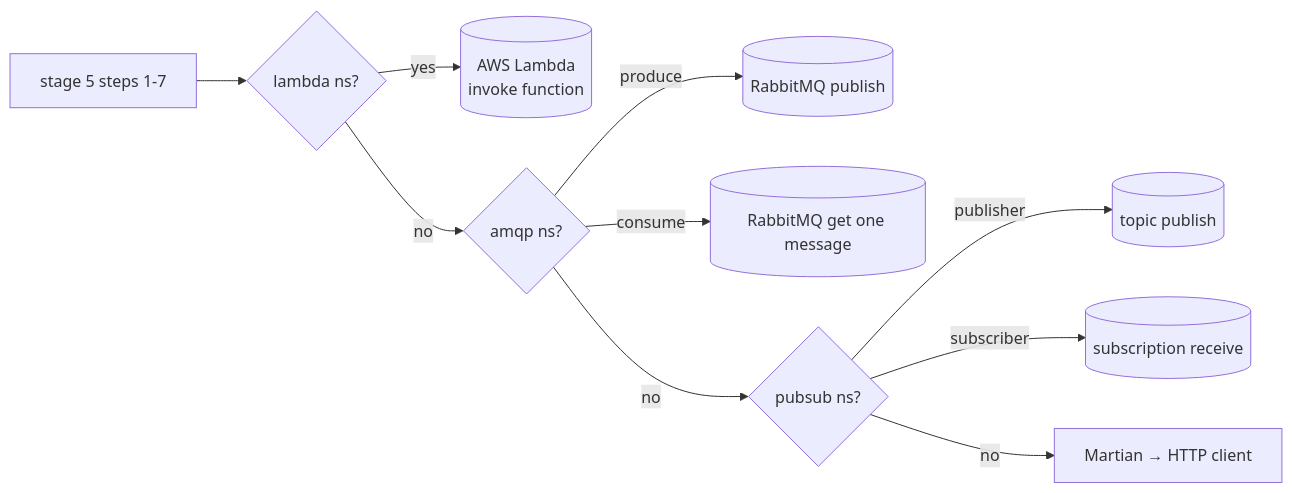
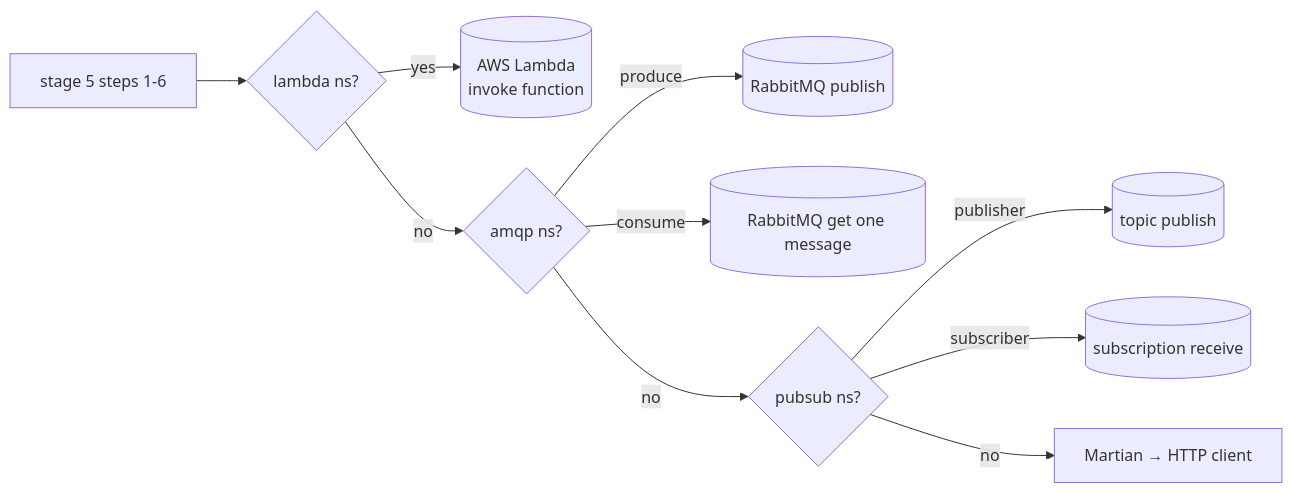
Before and after one commit to 9edang/inkgate: the diagram in docs/feature/connector.md, drawn with Mermaid. The commit also changed other lines of this file and 72 other files, not shown here.

````diff
--- a/docs/feature/connector.md
+++ b/docs/feature/connector.md
@@ -8,12 +8,12 @@
 ```mermaid
 flowchart LR
-    S[stage 5 steps 1-7] --> L{lambda ns?}
+    S[stage 5 steps 1-6] --> L{lambda ns?}
     L -- yes --> AWS[(AWS Lambda<br/>invoke function)]
     L -- no --> A{amqp ns?}
     A -- produce --> MQP[(RabbitMQ publish)]
     A -- consume --> MQC[(RabbitMQ get one message)]
     A -- no --> P{pubsub ns?}
     P -- publisher --> TP[(topic publish)]
     P -- subscriber --> TS[(subscription receive)]
     P -- no --> HTTP[Martian → HTTP client]
 ```
````
